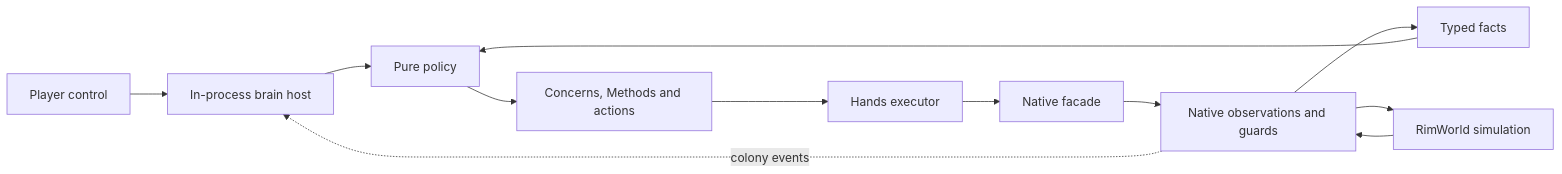
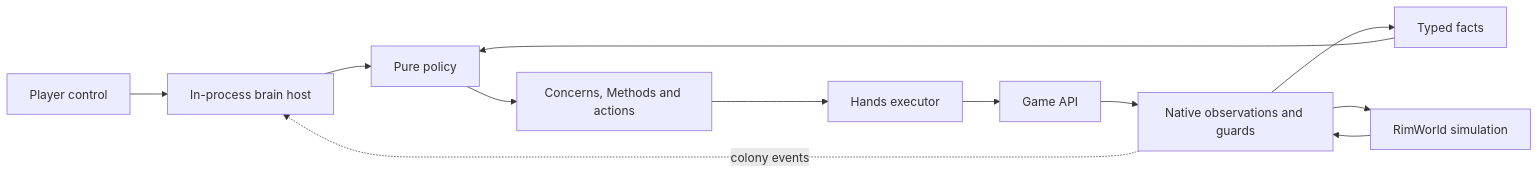
The first of 3 diagrams in docs/developers/architecture/overview.md (davidarcher/rimgovernor), drawn with Mermaid before and after one commit. The commit also changed other lines of this file and 2510 other files, not shown here.

````diff
--- a/docs/developers/architecture/overview.md
+++ b/docs/developers/architecture/overview.md
@@ -10,14 +10,14 @@
 ```mermaid
 flowchart LR
     Player[Player control] --> Runtime[In-process brain host]
     Game[RimWorld simulation] --> Native[Native observations and guards]
     Native --> Facts[Typed facts]
     Facts --> Policy[Pure policy]
     Policy --> Plan[Concerns, Methods and actions]
     Plan --> Hands[Hands executor]
-    Hands --> Facade[Native facade]
+    Hands --> Facade[Game API]
     Facade --> Native
     Native --> Game
     Runtime --> Policy
     Native -. colony events .-> Runtime
 ```
````
